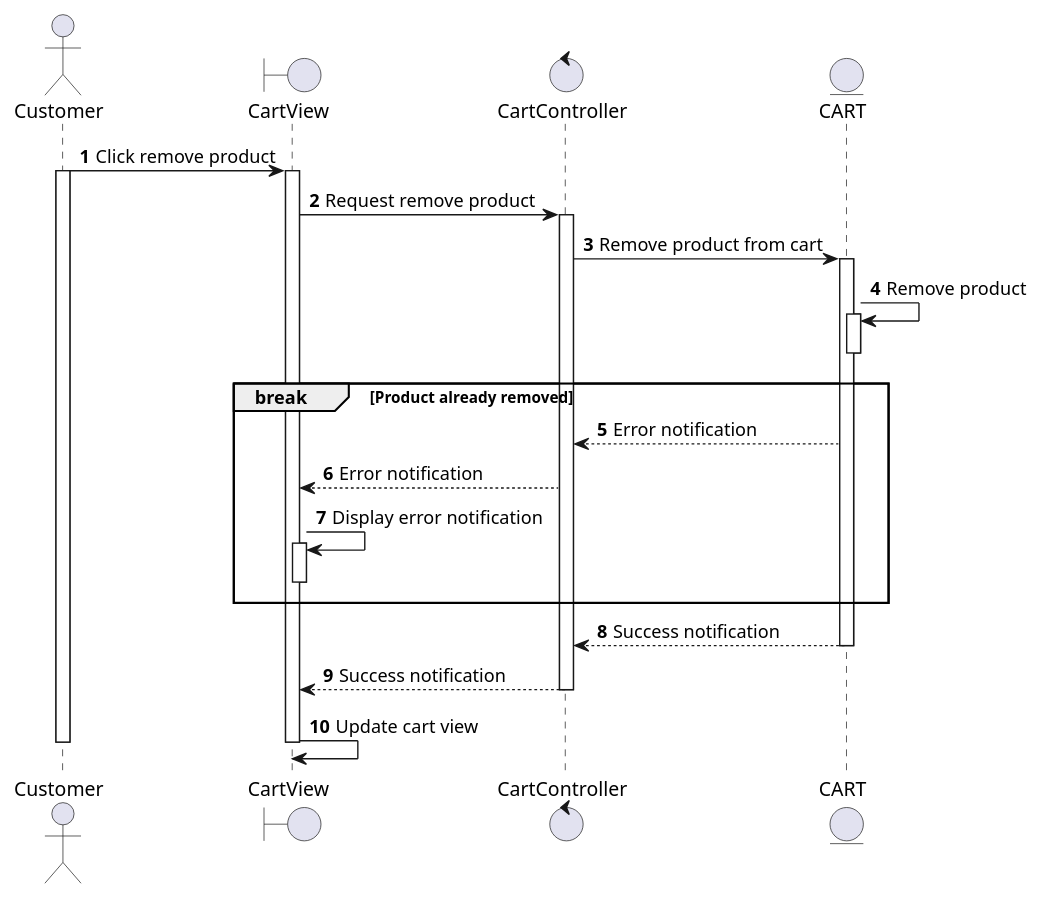
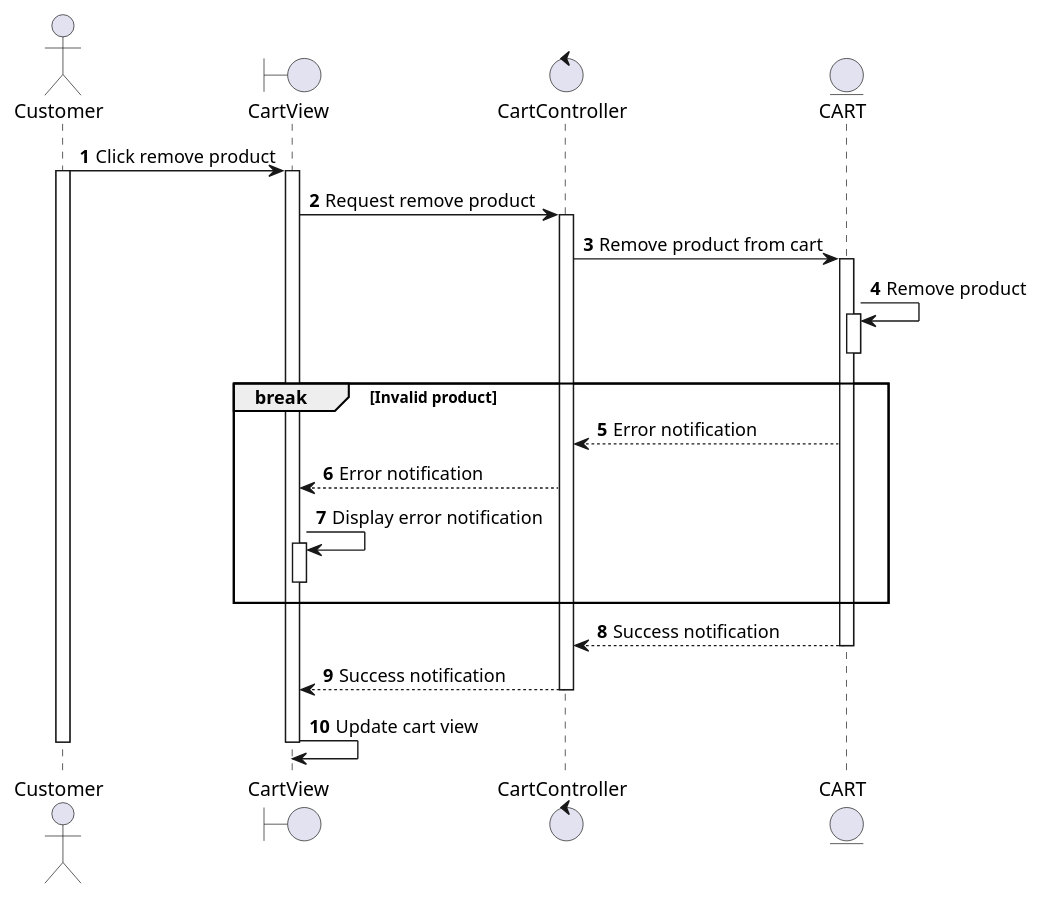
The diagram in docs/docs/sequence/manage-cart/remove-product-from-cart.md (electricilies/electricilies.github.io), drawn with PlantUML before and after one commit. The commit also changed 22 other files, not shown here.

````diff
--- a/docs/docs/sequence/manage-cart/remove-product-from-cart.md
+++ b/docs/docs/sequence/manage-cart/remove-product-from-cart.md
@@ -3,36 +3,36 @@
 ```plantuml
 @startuml
 autonumber
 
 actor Customer as C
 boundary CartView as CV
 control CartController as CC
 entity CART as Ca
 
 C -> CV: Click remove product
 activate C
 activate CV
 CV -> CC: Request remove product
 activate CC
 CC -> Ca: Remove product from cart
 activate Ca
 Ca -> Ca: Remove product
 activate Ca
 deactivate Ca
-break Product already removed
+break Invalid product
   CC <-- Ca: Error notification
   CV <-- CC: Error notification
   CV -> CV: Display error notification
   activate CV
   deactivate CV
 end
 CC <-- Ca: Success notification
 deactivate Ca
 CV <-- CC: Success notification
 deactivate CC
 CV -> CV: Update cart view
 deactivate CV
 deactivate C
 
 @enduml
 ```
````
